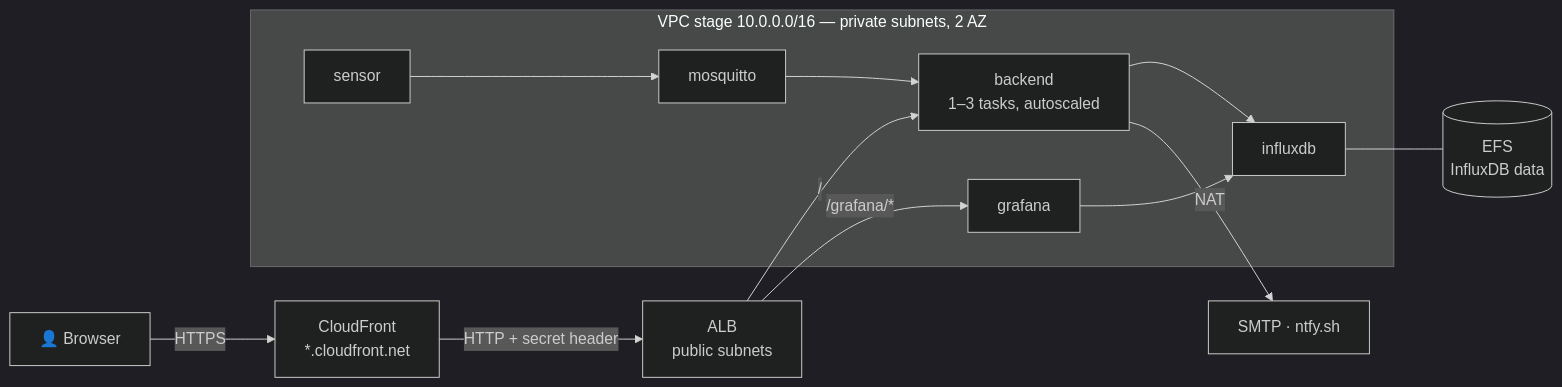
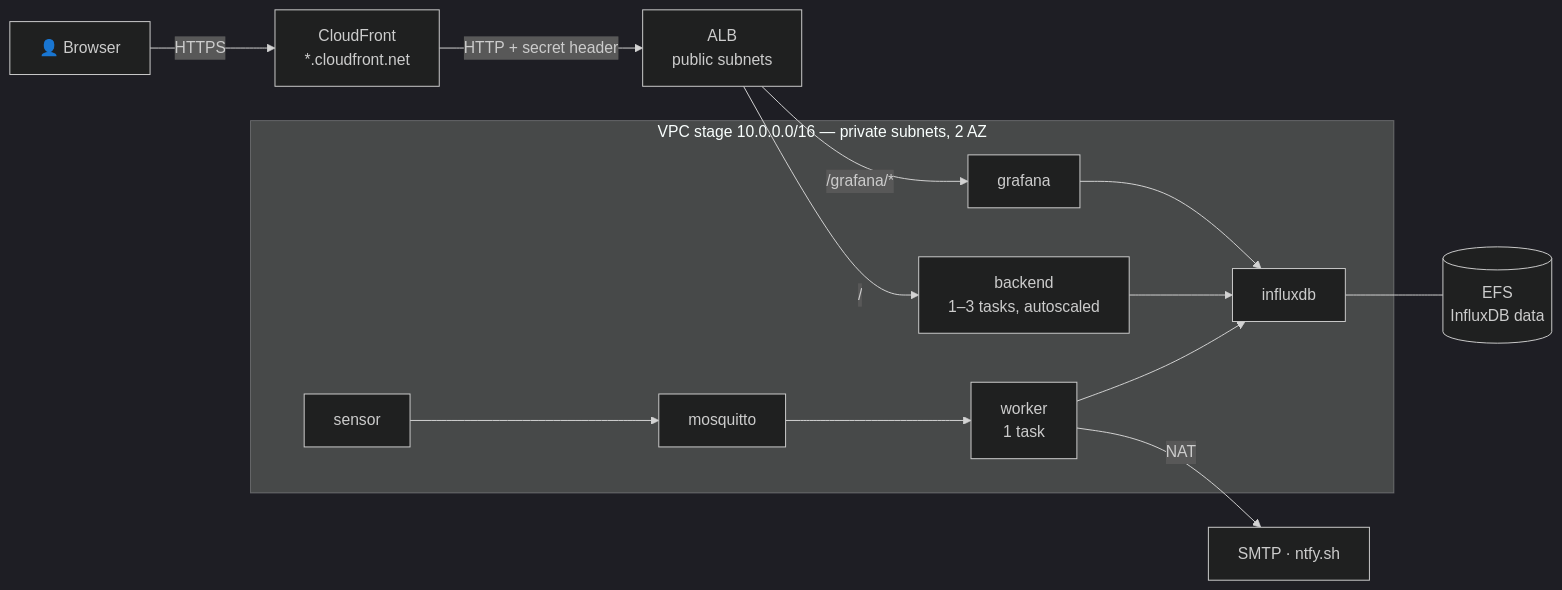
One commit to danielailenei/water-filter-monitor changed the second of 2 diagrams in README.md. Above: the diagram before and after it, drawn with Mermaid (dark theme). The commit also changed other lines of this file and 1 other file, not shown here.

Commit message:
docs: describe the worker service; deploy image tag 4054210

````diff
--- a/README.md
+++ b/README.md
@@ -155,18 +163,20 @@
 ```mermaid
 flowchart LR
     U["👤 Browser"] -- "HTTPS" --> CF["CloudFront<br/>*.cloudfront.net"]
     CF -- "HTTP + secret header" --> ALB["ALB<br/>public subnets"]
     subgraph VPC["VPC stage 10.0.0.0/16 — private subnets, 2 AZ"]
         B["backend<br/>1–3 tasks, autoscaled"]
         G["grafana"]
         M["mosquitto"]
+        W["worker<br/>1 task"]
         I["influxdb"]
         S["sensor"]
     end
     ALB -- "/" --> B
     ALB -- "/grafana/*" --> G
-    S --> M --> B --> I
+    S --> M --> W --> I
+    B --> I
     G --> I
     I --- EFS[("EFS<br/>InfluxDB data")]
-    B -- "NAT" --> N["SMTP · ntfy.sh"]
+    W -- "NAT" --> N["SMTP · ntfy.sh"]
 ```
````
